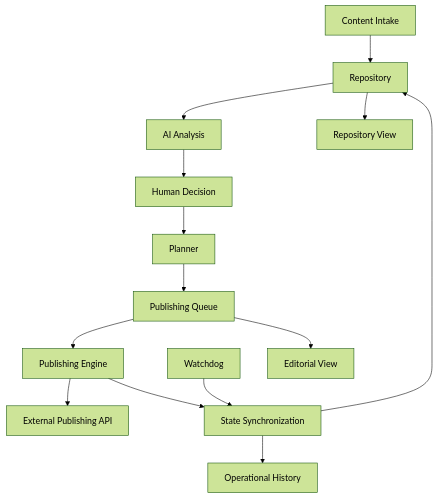
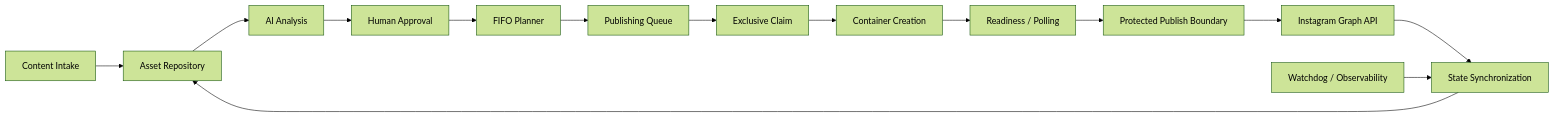
One commit to deca-txt/ai-content-operations-automation changed the diagram in docs/architecture.md. Above: the diagram before and after it, drawn with Mermaid (forest theme). The commit also changed other lines of this file and 19 other files, not shown here.

````diff
--- a/docs/architecture.md
+++ b/docs/architecture.md
@@ -5,17 +5,8 @@
 ```mermaid
-flowchart TD
-    A[Content Intake] --> B[Repository]
-    B --> C[AI Analysis]
-    C --> D[Human Decision]
-    D --> E[Planner]
-    E --> F[Publishing Queue]
-    F --> G[Publishing Engine]
-    G --> H[External Publishing API]
-    G --> I[State Synchronization]
-    I --> B
-
-    J[Watchdog] --> I
-    B --> K[Repository View]
-    F --> L[Editorial View]
-    I --> M[Operational History]
+flowchart LR
+    A[Content Intake] --> B[Asset Repository] --> C[AI Analysis] --> D[Human Approval]
+    D --> E[FIFO Planner] --> F[Publishing Queue] --> G[Exclusive Claim]
+    G --> H[Container Creation] --> I[Readiness / Polling] --> J[Protected Publish Boundary]
+    J --> K[Instagram Graph API] --> L[State Synchronization] --> B
+    M[Watchdog / Observability] --> L
 ```
````
